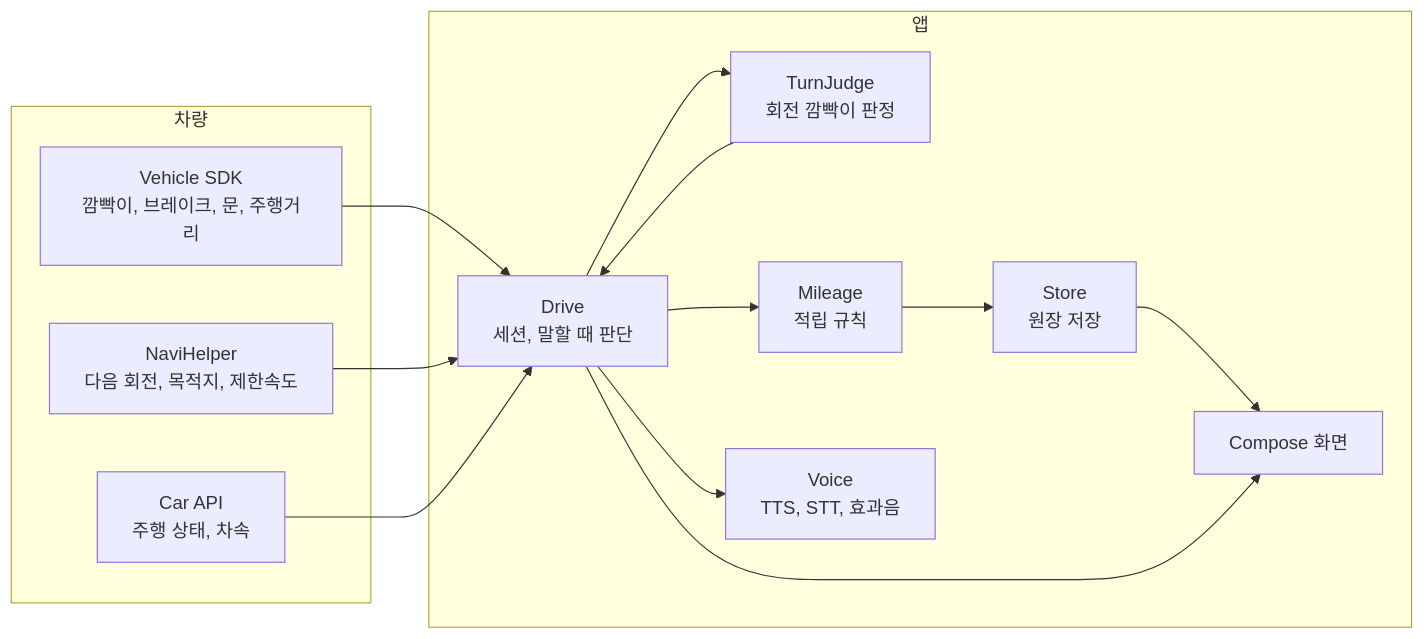
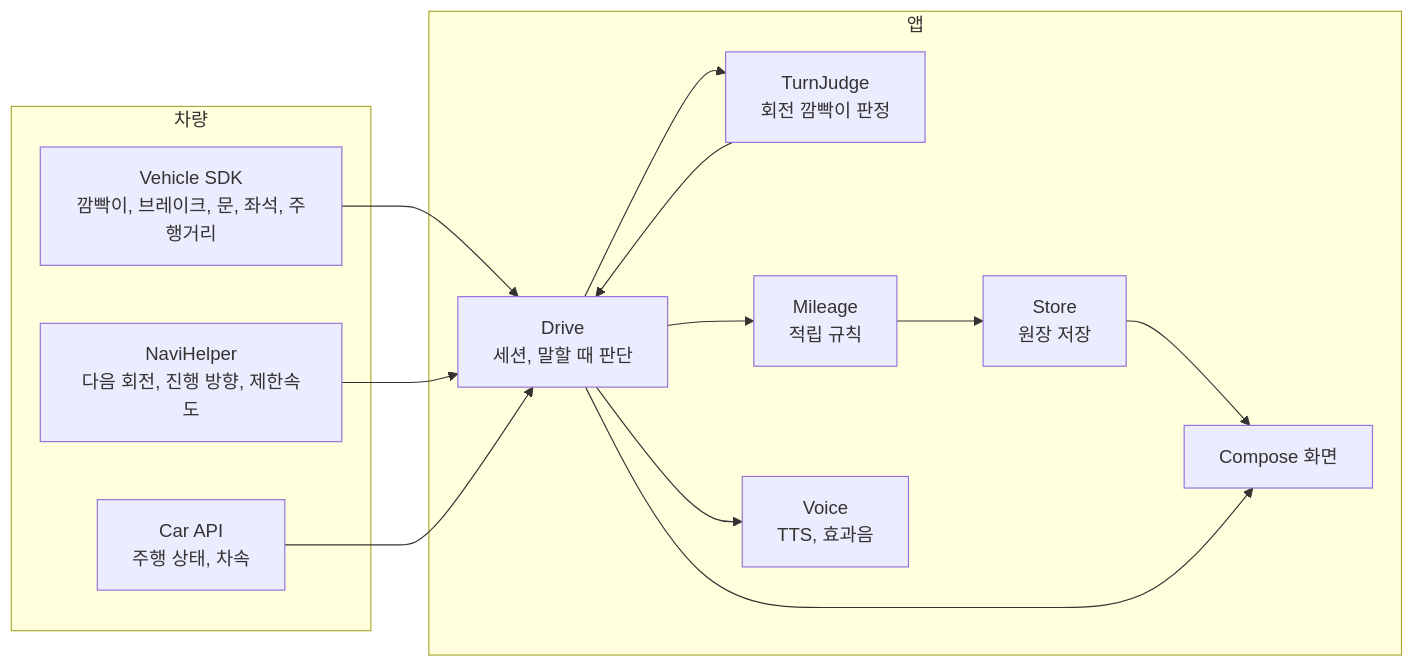
The diagram in README.md (wjdtkdgns777/blue-family), drawn with Mermaid before and after one commit. The commit also changed other lines of this file and 14 other files, not shown here.

````diff
--- a/README.md
+++ b/README.md
@@ -272,24 +265,24 @@
 ```mermaid
 flowchart LR
     subgraph 차량
-        V[Vehicle SDK<br>깜빡이, 브레이크, 문, 주행거리]
-        N[NaviHelper<br>다음 회전, 목적지, 제한속도]
+        V[Vehicle SDK<br>깜빡이, 브레이크, 문, 좌석, 주행거리]
+        N[NaviHelper<br>다음 회전, 진행 방향, 제한속도]
         C[Car API<br>주행 상태, 차속]
     end
     subgraph 앱
         D[Drive<br>세션, 말할 때 판단]
         J[TurnJudge<br>회전 깜빡이 판정]
         M[Mileage<br>적립 규칙]
         S[Store<br>원장 저장]
-        VO[Voice<br>TTS, STT, 효과음]
+        VO[Voice<br>TTS, 효과음]
         UI[Compose 화면]
     end
     V --> D
     N --> D
     C --> D
     D --> J --> D
     D --> M --> S
     D --> VO
     S --> UI
     D --> UI
 ```
````
